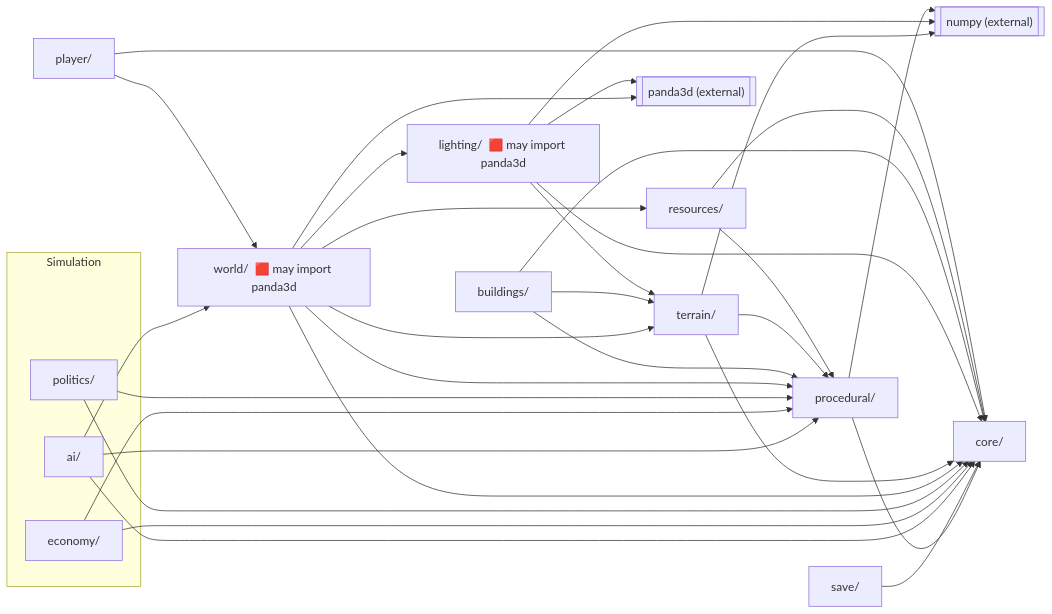
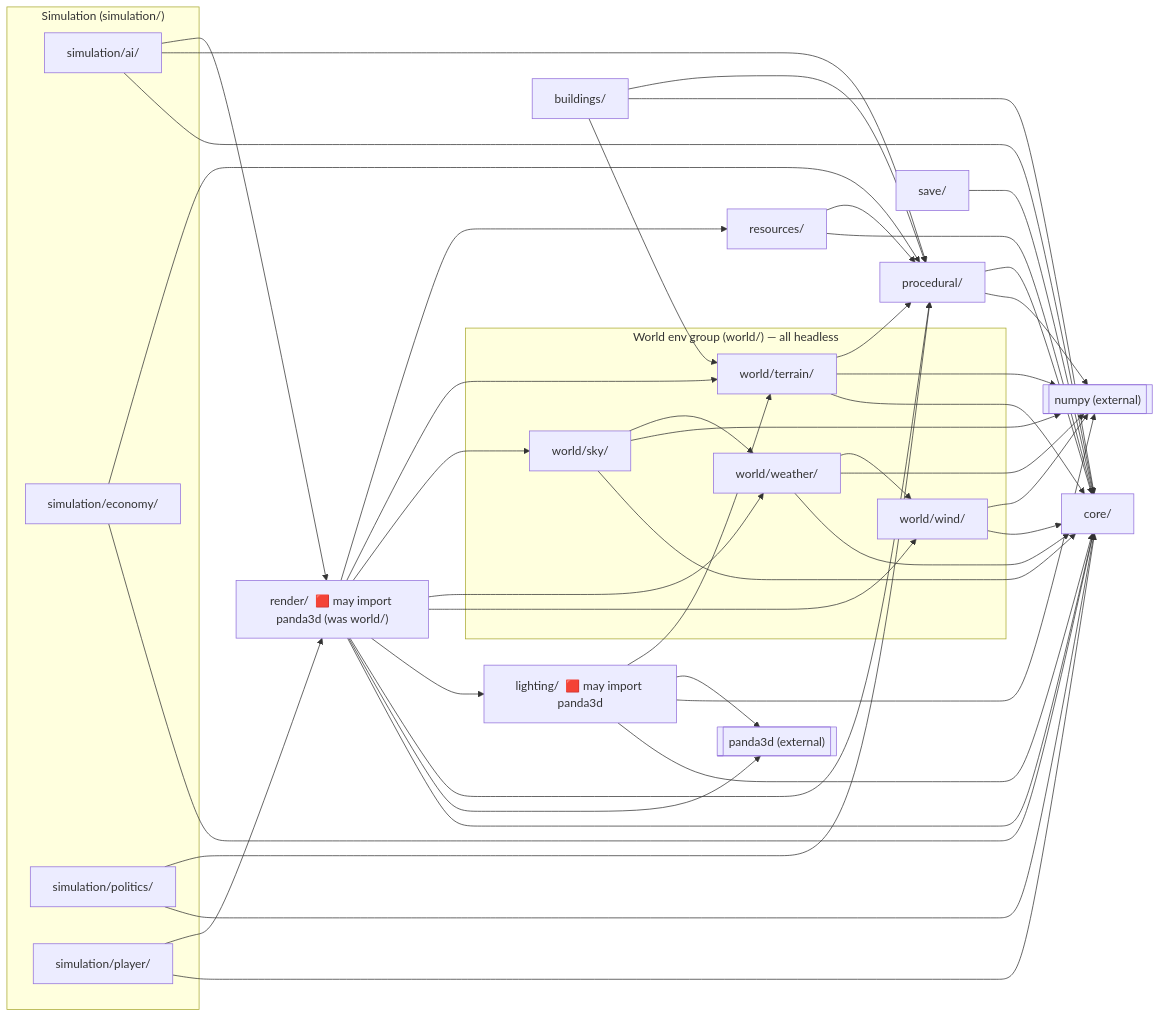
Before and after one commit to Firelight-Innovations/Torn-Apart: the third of 5 diagrams in docs/ARCHITECTURE.md, drawn with Mermaid. The commit also changed other lines of this file and 252 other files, not shown here.

First line of the commit message:
refactor: regroup fire_engine packages (world->render; new world/ & simulation/ groups)

````diff
--- a/docs/ARCHITECTURE.md
+++ b/docs/ARCHITECTURE.md
@@ -154,50 +154,66 @@
 ```mermaid
 flowchart LR
-    subgraph SIM["Simulation"]
-        ai["ai/"]
-        economy["economy/"]
-        politics["politics/"]
+    subgraph SIM["Simulation (simulation/)"]
+        ai["simulation/ai/"]
+        economy["simulation/economy/"]
+        politics["simulation/politics/"]
+        player["simulation/player/"]
     end
-    player["player/"]
-    world["world/  🟥 may import panda3d"]
-    terrain["terrain/"]
+    subgraph WORLD["World env group (world/) — all headless"]
+        terrain["world/terrain/"]
+        weather["world/weather/"]
+        wind["world/wind/"]
+        sky["world/sky/"]
+    end
+    render["render/  🟥 may import panda3d (was world/)"]
     buildings["buildings/"]
     lighting["lighting/  🟥 may import panda3d"]
     resources["resources/"]
     procedural["procedural/"]
     core["core/"]
     save["save/"]
     panda3d[["panda3d (external)"]]
     numpy[["numpy (external)"]]
 
-    ai --> world
+    ai --> render
     ai --> procedural
     economy --> procedural
     politics --> procedural
-    player --> world
-    world --> resources
-    world --> terrain
-    world --> lighting
-    world --> procedural
-    world --> panda3d
+    player --> render
+    render --> resources
+    render --> terrain
+    render --> sky
+    render --> weather
+    render --> wind
+    render --> lighting
+    render --> procedural
+    render --> panda3d
     buildings --> procedural
     buildings --> terrain
     terrain --> procedural
     terrain --> numpy
+    sky --> weather
+    weather --> wind
+    sky --> numpy
+    weather --> numpy
+    wind --> numpy
     lighting --> terrain
     lighting --> panda3d
     lighting --> numpy
     resources --> procedural
     procedural --> core
     procedural --> numpy
     save --> core
     ai --> core
     economy --> core
     politics --> core
-    world --> core
+    render --> core
     terrain --> core
+    sky --> core
+    weather --> core
+    wind --> core
     lighting --> core
     buildings --> core
     resources --> core
     player --> core
 ```
````
